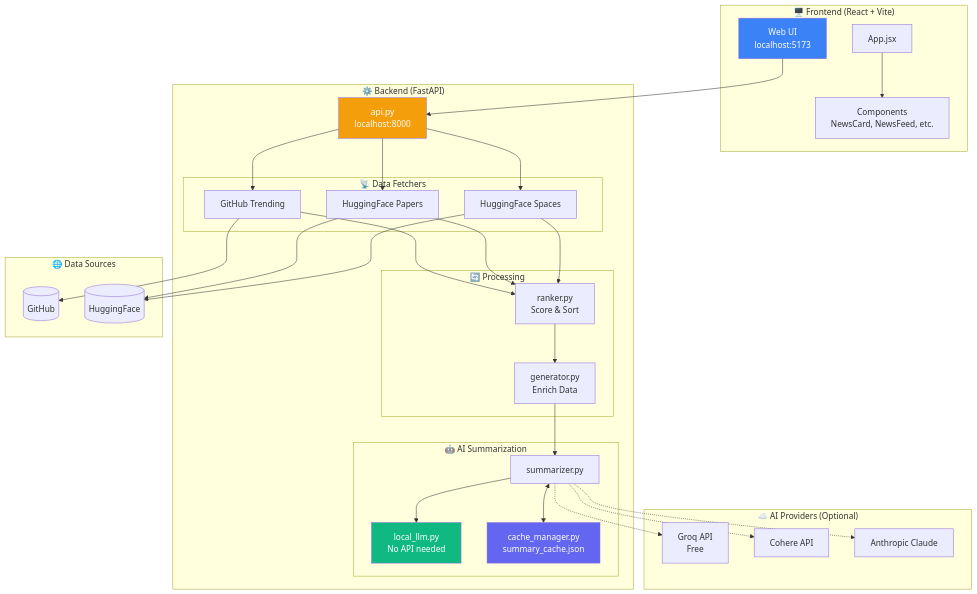
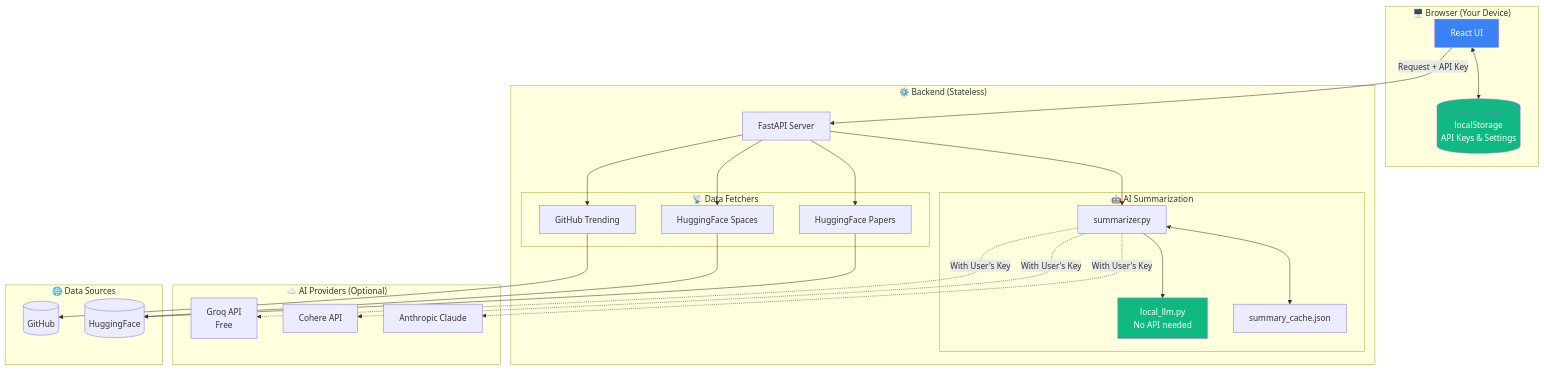
One commit to hoodini/yuv-ai-trends changed the diagram in README.md. Above: the diagram before and after it, drawn with Mermaid. The commit also changed other lines of this file and 12 other files, not shown here.

First line of the commit message:
v2.1.0: Production-ready with localStorage-based settings

````diff
--- a/README.md
+++ b/README.md
@@ -44,60 +47,50 @@
 ```mermaid
 flowchart TB
-    subgraph Frontend["🖥️ Frontend (React + Vite)"]
-        UI[Web UI<br/>localhost:5173]
-        App[App.jsx]
-        Components[Components<br/>NewsCard, NewsFeed, etc.]
+    subgraph Browser["🖥️ Browser (Your Device)"]
+        UI[React UI]
+        LS[(localStorage<br/>API Keys & Settings)]
     end
 
-    subgraph Backend["⚙️ Backend (FastAPI)"]
-        API[api.py<br/>localhost:8000]
+    subgraph Backend["⚙️ Backend (Stateless)"]
+        API[FastAPI Server]
         
         subgraph Fetchers["📡 Data Fetchers"]
             GH[GitHub Trending]
             HFP[HuggingFace Papers]
             HFS[HuggingFace Spaces]
         end
         
-        subgraph Processing["🔄 Processing"]
-            Ranker[ranker.py<br/>Score & Sort]
-            Generator[generator.py<br/>Enrich Data]
-        end
-        
         subgraph AI["🤖 AI Summarization"]
             Summarizer[summarizer.py]
             LocalLLM[local_llm.py<br/>No API needed]
-            Cache[cache_manager.py<br/>summary_cache.json]
+            Cache[summary_cache.json]
         end
     end
 
     subgraph Providers["☁️ AI Providers (Optional)"]
         Groq[Groq API<br/>Free]
         Cohere[Cohere API]
         Anthropic[Anthropic Claude]
     end
 
     subgraph Sources["🌐 Data Sources"]
         GitHub[(GitHub)]
         HuggingFace[(HuggingFace)]
     end
 
-    UI --> API
-    App --> Components
-    
+    UI <--> LS
+    UI -->|"Request + API Key"| API
     API --> GH & HFP & HFS
-    GH & HFP & HFS --> Ranker
-    Ranker --> Generator
-    Generator --> Summarizer
+    API --> Summarizer
     
     Summarizer --> LocalLLM
-    Summarizer -.-> Groq & Cohere & Anthropic
+    Summarizer -.->|"With User's Key"| Groq & Cohere & Anthropic
     Summarizer <--> Cache
     
     GH --> GitHub
     HFP & HFS --> HuggingFace
 
+    style LS fill:#10b981,color:#fff
     style LocalLLM fill:#10b981,color:#fff
-    style Cache fill:#6366f1,color:#fff
     style UI fill:#3b82f6,color:#fff
-    style API fill:#f59e0b,color:#fff
 ```
````
